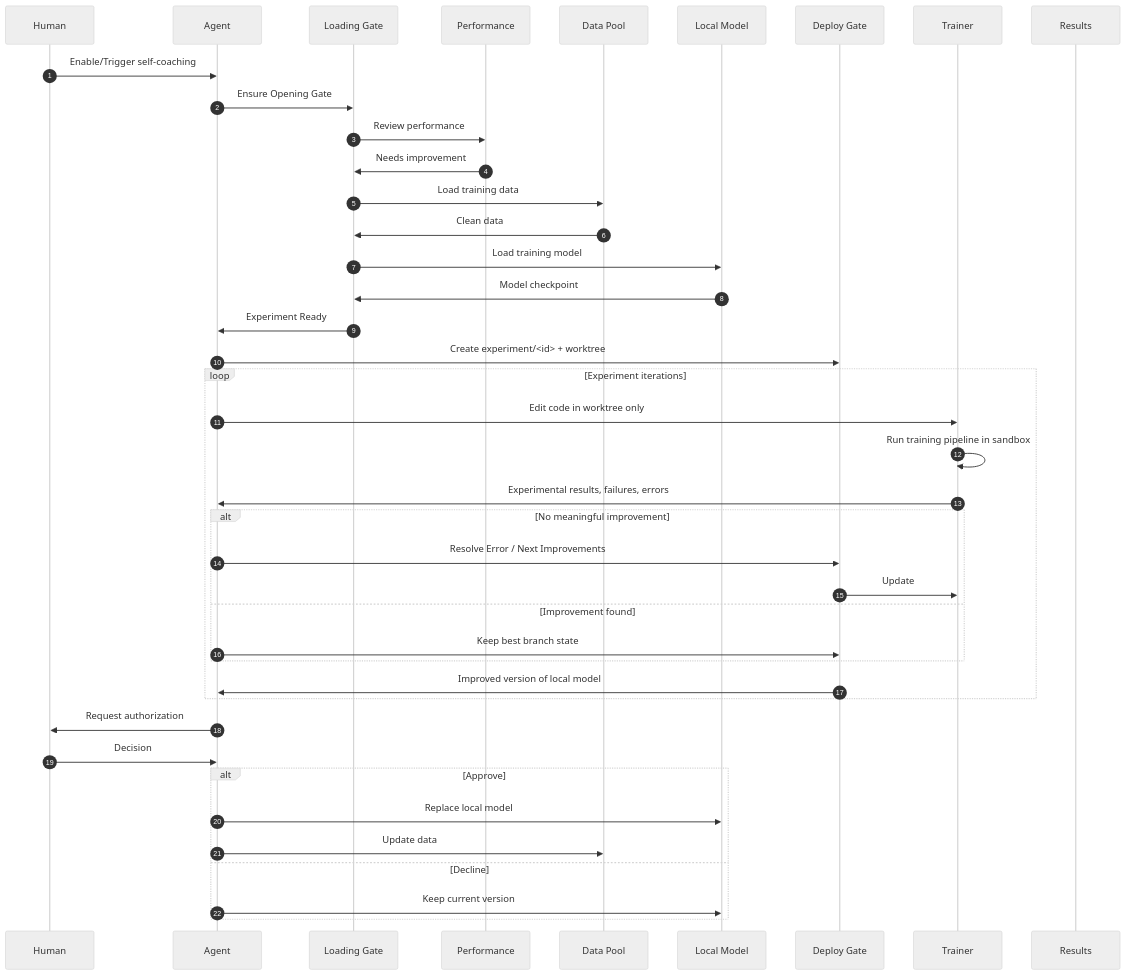
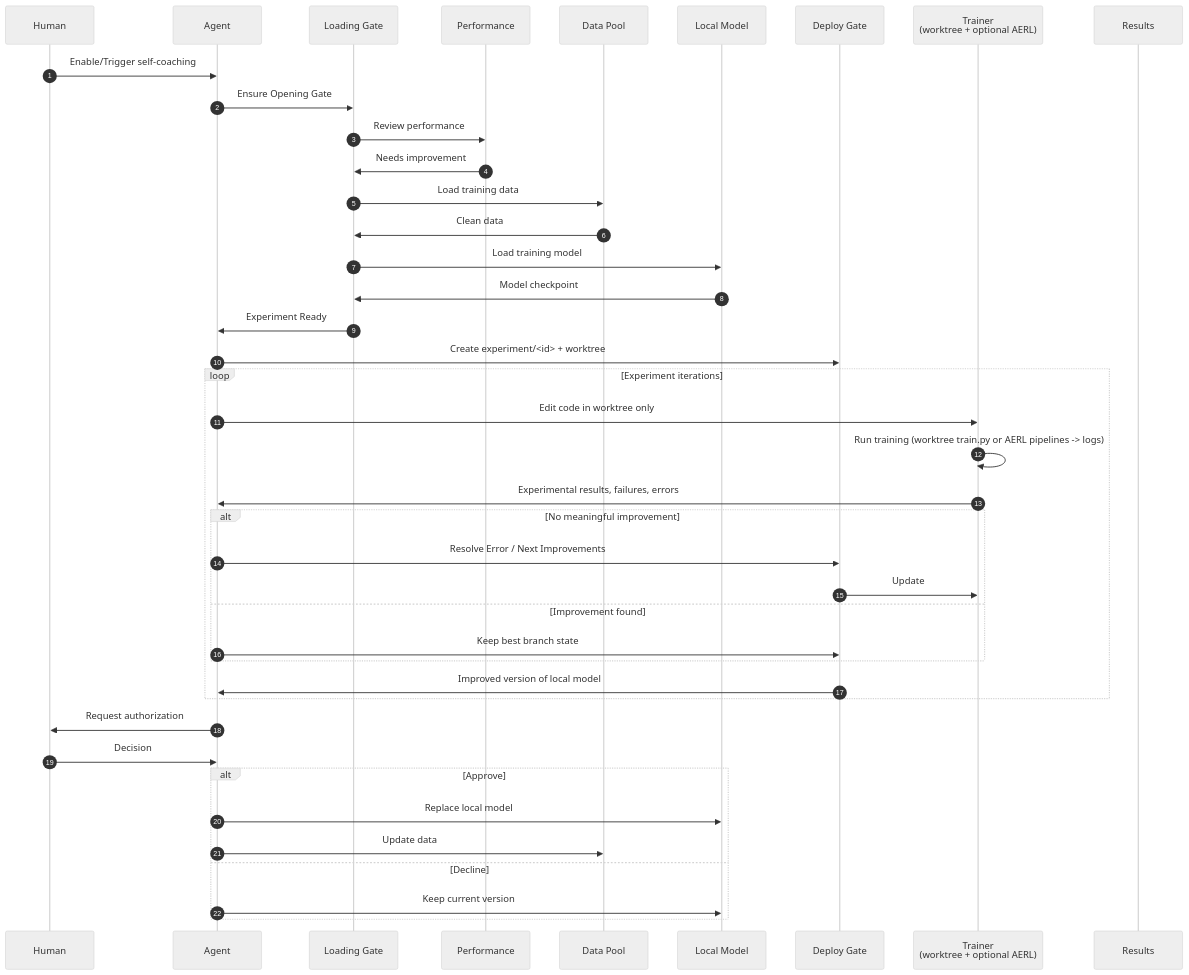
The diagram in README.md (Miya-Liu/self-coaching), drawn with Mermaid (neutral theme) before and after one commit. The commit also changed other lines of this file and 1 other file, not shown here.

Commit message:
Docs: align workflow diagram and mapping with AERL training.
Update README Mermaid Trainer participant and loop step; add Trainer row and AERL notes in the mapping table. Sync ARCHITECTURE diagram and conceptual table; fix Components formatting and optional reference line.

````diff
--- a/README.md
+++ b/README.md
@@ -11,46 +11,46 @@
 ```mermaid
 sequenceDiagram
     autonumber
     participant U as Human
     participant A as Agent
     participant G as Loading Gate
     participant B as Performance
     participant C as Data Pool
     participant M as Local Model
     participant D as Deploy Gate
-    participant T as Trainer
+    participant T as Trainer<br/>(worktree + optional AERL)
     participant X as Results
 
     U->>A: Enable/Trigger self-coaching
     A->>G: Ensure Opening Gate
     G->>B: Review performance
     B->>G: Needs improvement
     G->>C: Load training data
     C->>G: Clean data
     G->>M: Load training model
     M->>G: Model checkpoint
     G->>A: Experiment Ready
     
     A->>D: Create experiment/<id> + worktree
     loop Experiment iterations
         A->>T: Edit code in worktree only
-        T->>T: Run training pipeline in sandbox
+        T->>T: Run training (worktree train.py or AERL pipelines -> logs)
         T->>A: Experimental results, failures, errors
         alt No meaningful improvement
             A->>D: Resolve Error / Next Improvements
             D->>T: Update
         else Improvement found
             A->>D: Keep best branch state
         end
         D->>A: Improved version of local model
     end
     
     A->>U: Request authorization
     U->>A: Decision
     alt Approve
         A->>M: Replace local model
         A->>C: Update data
     else Decline
         A->>M: Keep current version
     end
 ```
````
